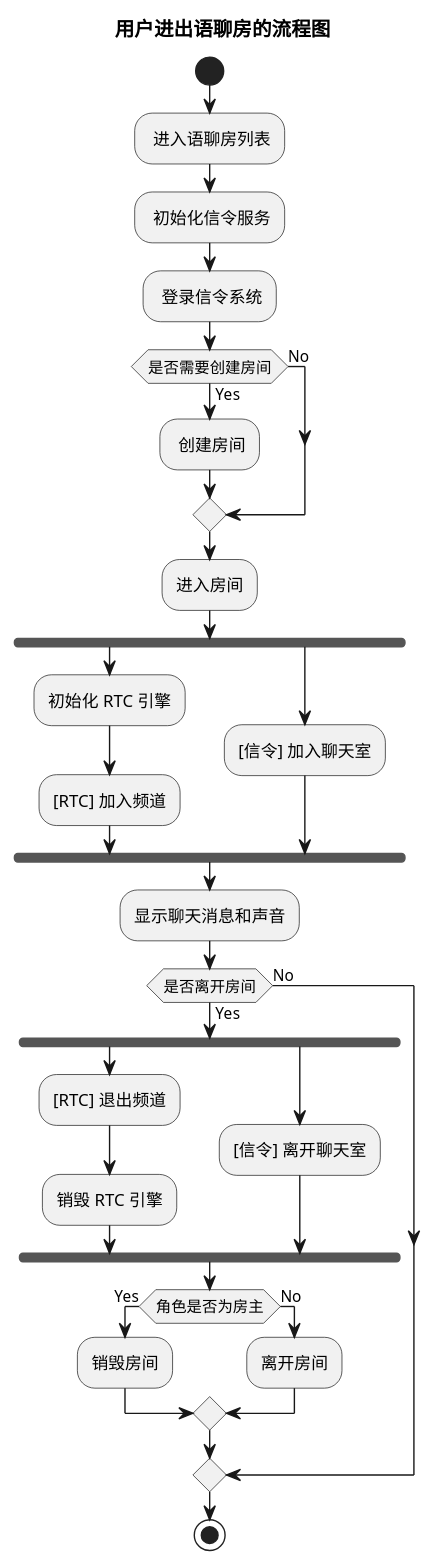
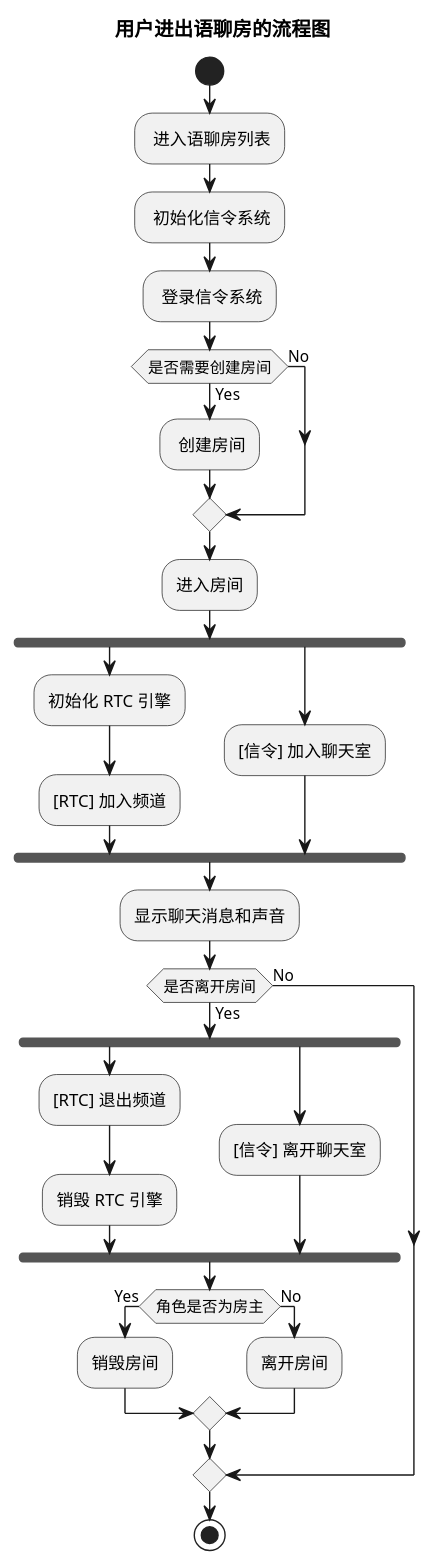
The diagram in markdown/chatroom/01-进出房间.wsd (AgoraIO/agora_doc_source), drawn with PlantUML before and after one commit. The commit also changed 1 other file, not shown here.

```diff
--- a/markdown/chatroom/01-进出房间.wsd
+++ b/markdown/chatroom/01-进出房间.wsd
@@ -1,34 +1,34 @@
 @startuml
 title 用户进出语聊房的流程图
 start
 : 进入语聊房列表;
-: 初始化信令服务;
+: 初始化信令系统;
 : 登录信令系统;
 if (是否需要创建房间) then (Yes)
     : 创建房间;
 else(No)
 endif
 :进入房间;
 fork
     :初始化 RTC 引擎;
     :[RTC] 加入频道;
   fork again
     :[信令] 加入聊天室;
   endfork
 :显示聊天消息和声音;
 if (是否离开房间) then (Yes)
 fork
 :[RTC] 退出频道;
 :销毁 RTC 引擎;
 fork again
 :[信令] 离开聊天室;
 endfork
 if (角色是否为房主) then (Yes)
 :销毁房间;
 else (No)
 :离开房间;
 endif
 else (No)
 endif
 stop
 @enduml
```
